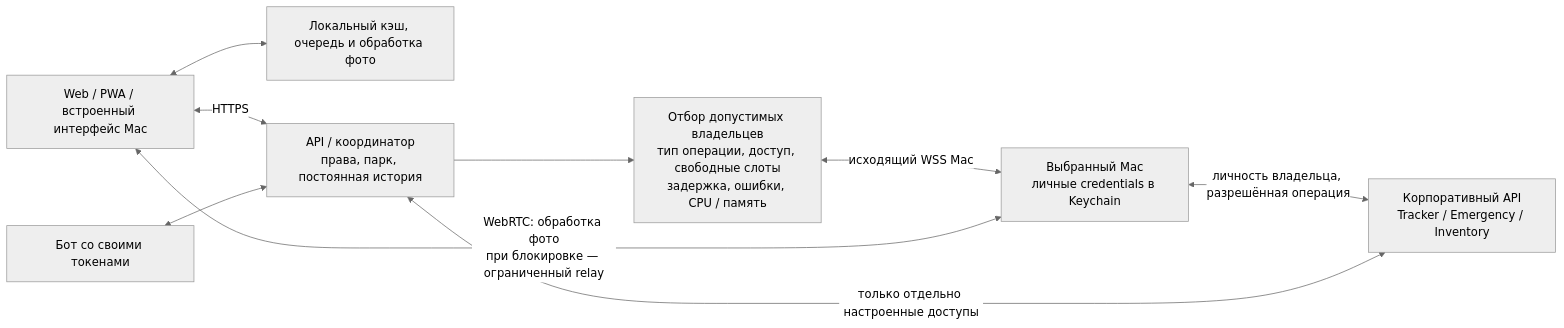
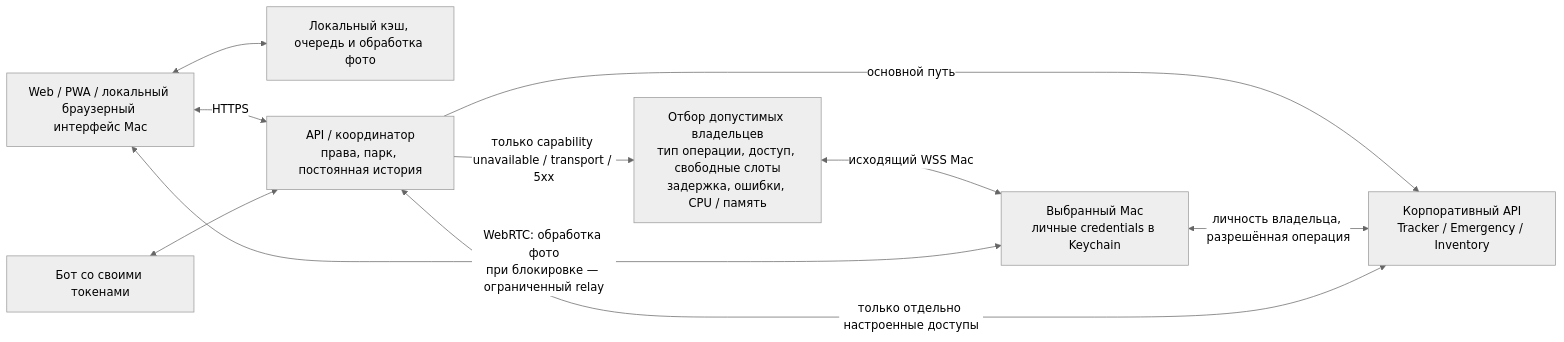
One commit to tehblok/robopark changed the diagram in docs/architecture/2026-10-15-execution-modes.md. Above: the diagram before and after it, drawn with Mermaid (neutral theme). The commit also changed other lines of this file and 74 other files, not shown here.

````diff
--- a/docs/architecture/2026-10-15-execution-modes.md
+++ b/docs/architecture/2026-10-15-execution-modes.md
@@ -21,18 +21,19 @@
 ```mermaid
 flowchart LR
-    P["Web / PWA / встроенный интерфейс Mac"]
+    P["Web / PWA / локальный браузерный интерфейс Mac"]
     L["Локальный кэш, очередь и обработка фото"]
     S["API / координатор<br/>права, парк, постоянная история"]
     Q["Отбор допустимых владельцев<br/>тип операции, доступ, свободные слоты<br/>задержка, ошибки, CPU / память"]
     M["Выбранный Mac<br/>личные credentials в Keychain"]
     C["Корпоративный API<br/>Tracker / Emergency / Inventory"]
     B["Бот со своими токенами"]
     P <--> L
     P <-->|"HTTPS"| S
-    S --> Q
+    S -->|"основной путь"| C
+    S -->|"только capability unavailable / transport / 5xx"| Q
     Q <-->|"исходящий WSS Mac"| M
     M <-->|"личность владельца, разрешённая операция"| C
     P <-->|"WebRTC: обработка фото<br/>при блокировке — ограниченный relay"| M
     S <-->|"только отдельно настроенные доступы"| C
     B <--> S
 ```
````
